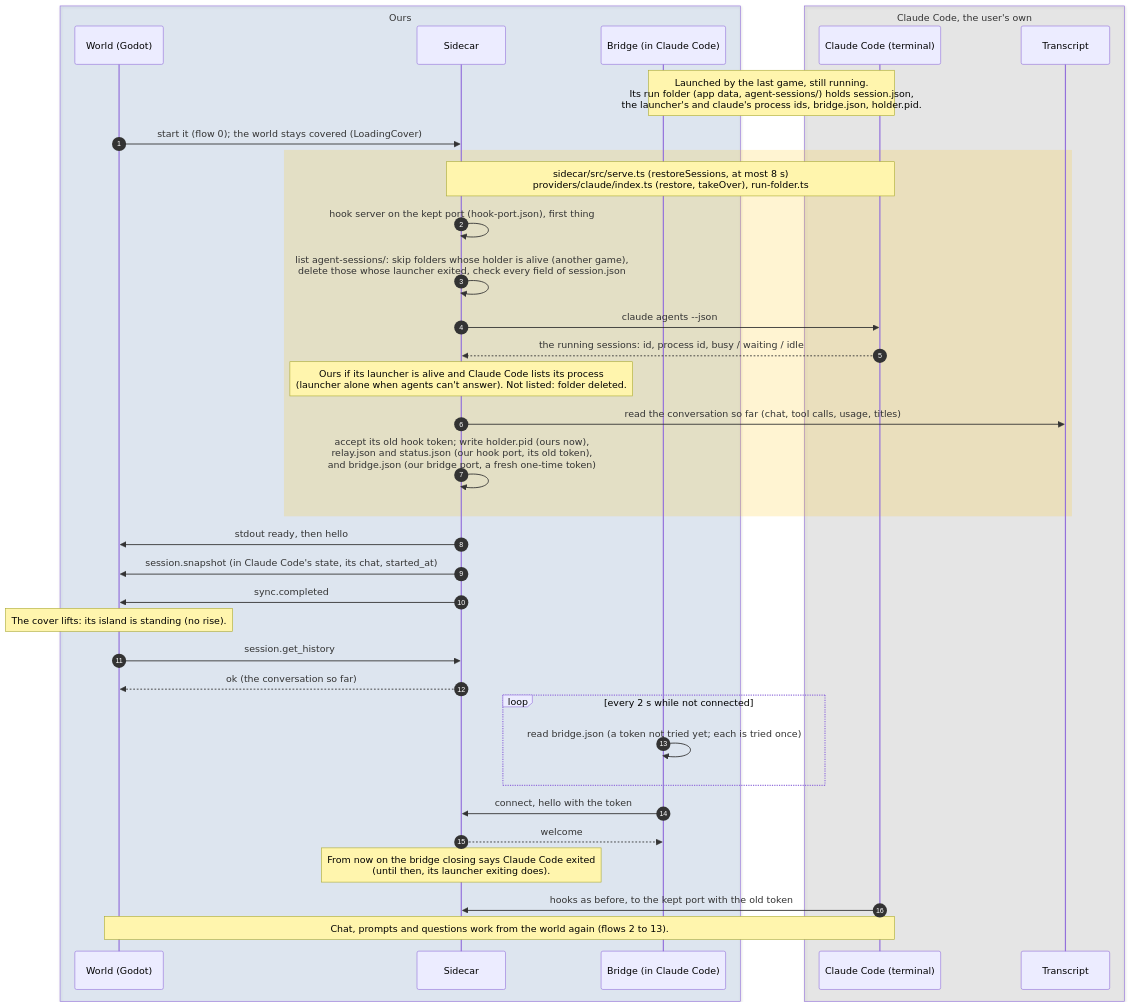
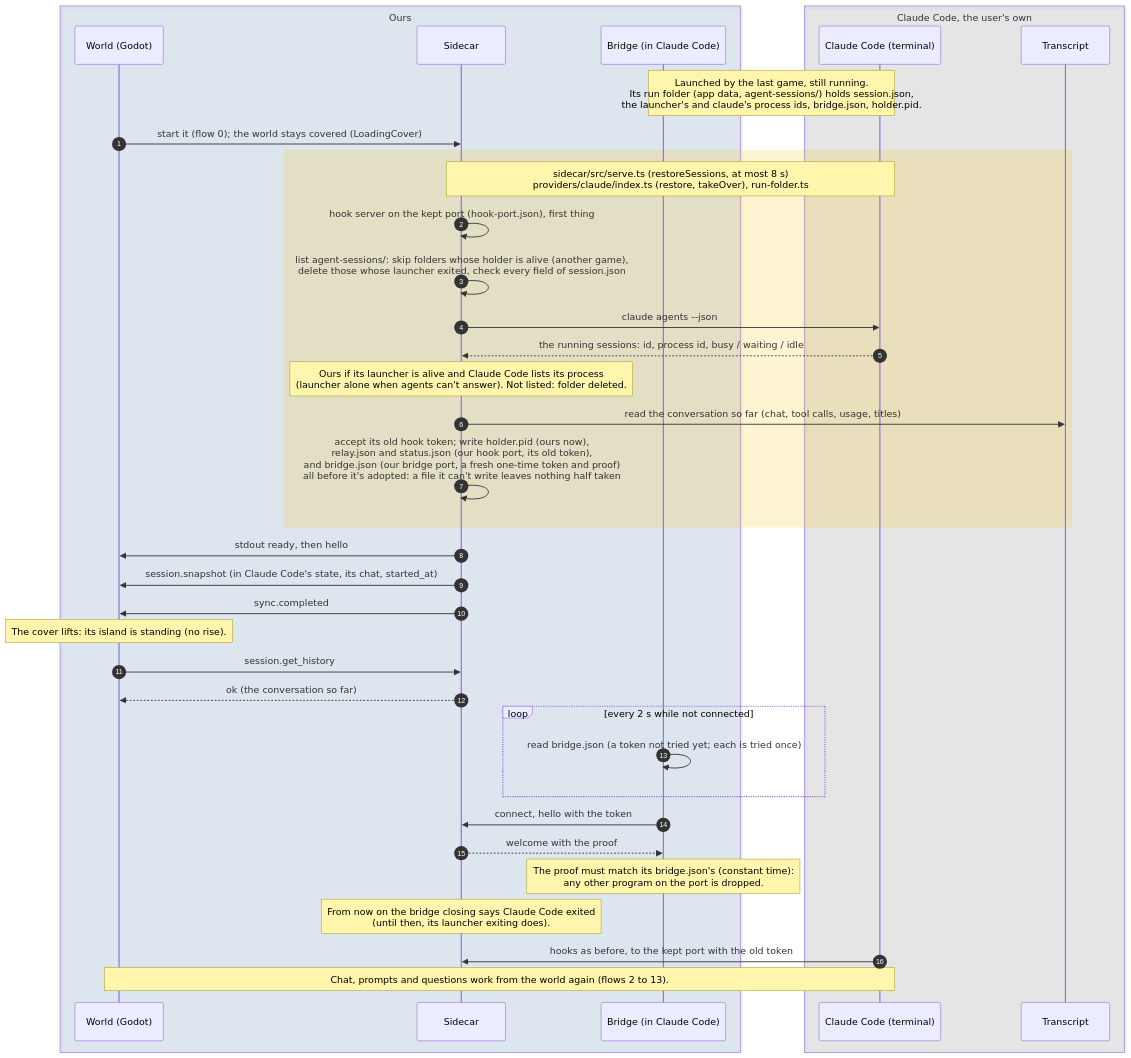
The diagram in docs/diagrams/sequence/14-reattach-after-restart.md (PaoloPortugal/The-Beach), drawn with Mermaid before and after one commit. The commit also changed 5 other files, not shown here.

Commit message:
Docs: S07 second security review (welcome proof, exact previews, limited switch, takeover order, both relays, transcript search)

````diff
--- a/docs/diagrams/sequence/14-reattach-after-restart.md
+++ b/docs/diagrams/sequence/14-reattach-after-restart.md
@@ -7,42 +7,43 @@
 ```mermaid
 sequenceDiagram
     autonumber
 
     box rgba(47,111,191,0.12) Ours
         participant World as World (Godot)
         participant Sidecar
         participant Bridge as Bridge (in Claude Code)
     end
 
     box rgba(128,128,128,0.14) Claude Code, the user's own
         participant Claude as Claude Code (terminal)
         participant Log as Transcript
     end
 
     Note over Claude,Bridge: Launched by the last game, still running.<br/>Its run folder (app data, agent-sessions/) holds session.json,<br/>the launcher's and claude's process ids, bridge.json, holder.pid.
     World->>Sidecar: start it (flow 0)#59; the world stays covered (LoadingCover)
     rect rgba(255,193,7,0.18)
         Note over Sidecar,Claude: sidecar/src/serve.ts (restoreSessions, at most 8 s)<br/>providers/claude/index.ts (restore, takeOver), run-folder.ts
         Sidecar->>Sidecar: hook server on the kept port (hook-port.json), first thing
         Sidecar->>Sidecar: list agent-sessions/: skip folders whose holder is alive (another game),<br/>delete those whose launcher exited, check every field of session.json
         Sidecar->>Claude: claude agents --json
         Claude-->>Sidecar: the running sessions: id, process id, busy / waiting / idle
         Note over Sidecar: Ours if its launcher is alive and Claude Code lists its process<br/>(launcher alone when agents can't answer). Not listed: folder deleted.
         Sidecar->>Log: read the conversation so far (chat, tool calls, usage, titles)
-        Sidecar->>Sidecar: accept its old hook token#59; write holder.pid (ours now),<br/>relay.json and status.json (our hook port, its old token),<br/>and bridge.json (our bridge port, a fresh one-time token)
+        Sidecar->>Sidecar: accept its old hook token#59; write holder.pid (ours now),<br/>relay.json and status.json (our hook port, its old token),<br/>and bridge.json (our bridge port, a fresh one-time token and proof)<br/>all before it's adopted: a file it can't write leaves nothing half taken
     end
     Sidecar->>World: stdout ready, then hello
     Sidecar->>World: session.snapshot (in Claude Code's state, its chat, started_at)
     Sidecar->>World: sync.completed
     Note over World: The cover lifts: its island is standing (no rise).
     World->>Sidecar: session.get_history
     Sidecar-->>World: ok (the conversation so far)
     loop every 2 s while not connected
         Bridge->>Bridge: read bridge.json (a token not tried yet#59; each is tried once)
     end
     Bridge->>Sidecar: connect, hello with the token
-    Sidecar-->>Bridge: welcome
+    Sidecar-->>Bridge: welcome with the proof
+    Note over Bridge: The proof must match its bridge.json's (constant time):<br/>any other program on the port is dropped.
     Note over Sidecar: From now on the bridge closing says Claude Code exited<br/>(until then, its launcher exiting does).
     Claude->>Sidecar: hooks as before, to the kept port with the old token
     Note over World,Claude: Chat, prompts and questions work from the world again (flows 2 to 13).
 ```
````
